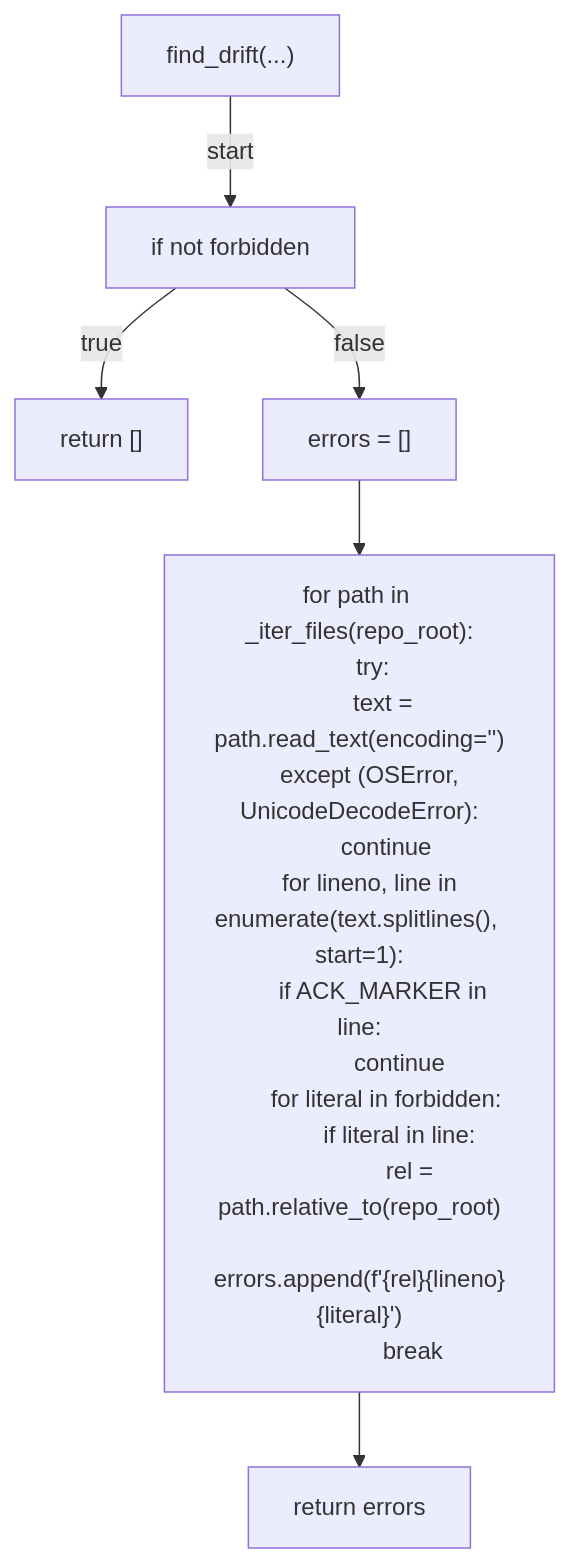
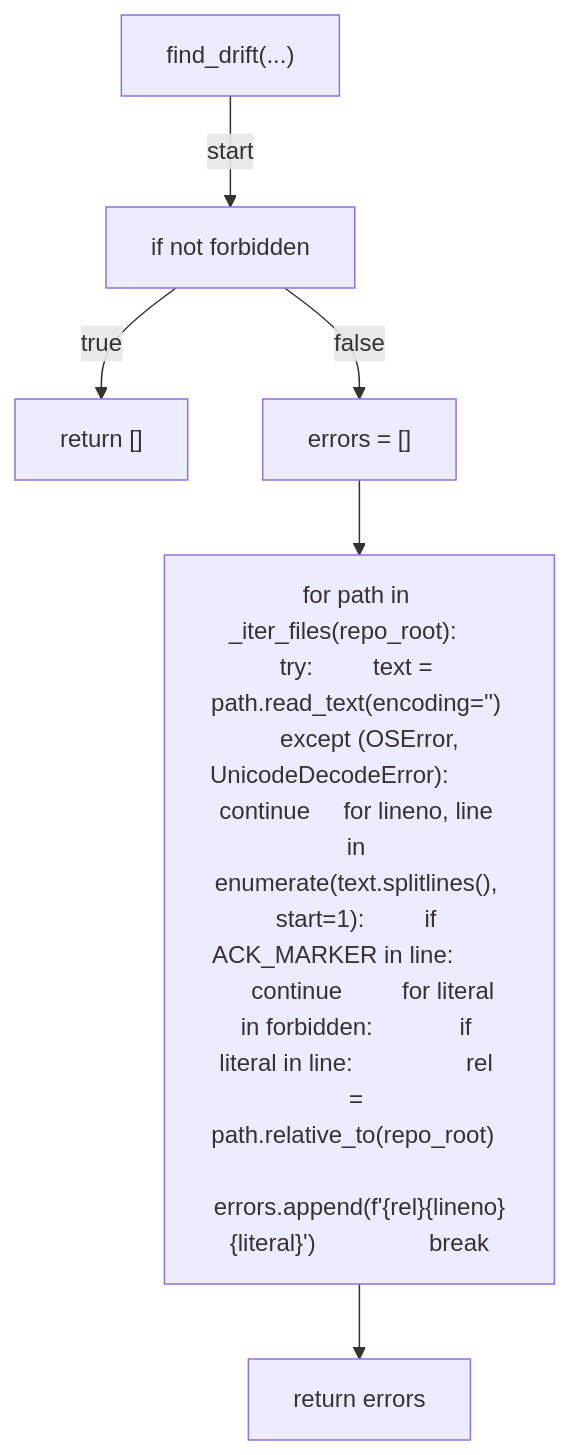
One commit to tvna/claude-md changed the fourth of 8 diagrams in docs/generated/scripts/ast/scan_flake_pin_drift.md. Above: the diagram before and after it, drawn with Mermaid. The commit also changed other lines of this file and 29 other files, not shown here.

First line of the commit message:
docs(generated): regenerate decision tree and workflow diagrams (batch 3/5)

````diff
--- a/docs/generated/scripts/ast/scan_flake_pin_drift.md
+++ b/docs/generated/scripts/ast/scan_flake_pin_drift.md
@@ -65,26 +54,14 @@
 ```mermaid
 flowchart TD
     N001["find_drift(...)"]
     N002["if not forbidden"]
     N003["return []"]
     N004["errors = []"]
-    N005["for path in _iter_files(repo_root):
-    try:
-        text = path.read_text(encoding='<str>')
-    except (OSError, UnicodeDecodeError):
-        continue
-    for lineno, line in enumerate(text.splitlines(), start=1):
-        if ACK_MARKER in line:
-            continue
-        for literal in forbidden:
-            if literal in line:
-                rel = path.relative_to(repo_root)
-                errors.append(f'<str>{rel}<str>{lineno}<str>{literal}<str>')
-                break"]
+    N005["for path in _iter_files(repo_root):     try:         text = path.read_text(encoding='<str>')     except (OSError, UnicodeDecodeError):         continue     for lineno, line in enumerate(text.splitlines(), start=1):         if ACK_MARKER in line:             continue         for literal in forbidden:             if literal in line:                 rel = path.relative_to(repo_root)                 errors.append(f'<str>{rel}<str>{lineno}<str>{literal}<str>')                 break"]
     N006["return errors"]
     N001 -->|"start"| N002
     N002 -->|"true"| N003
     N002 -->|"false"| N004
     N004 --> N005
     N005 --> N006
 ```
````
